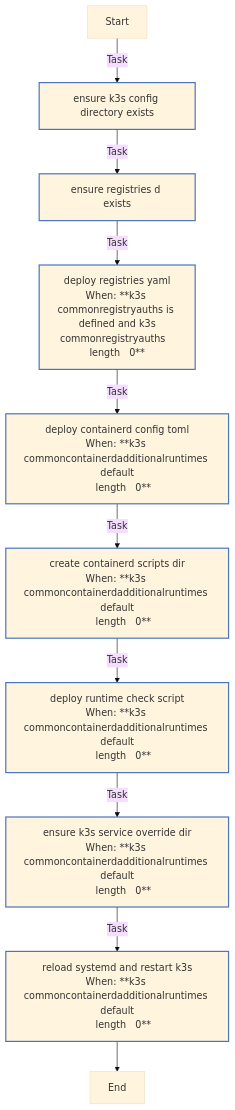
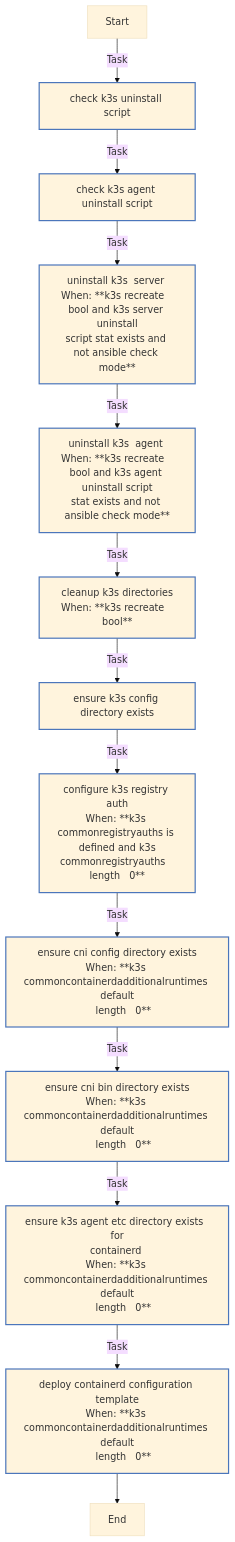
Before and after one commit to rou-cru/k3s-homelab: the diagram in roles/k3s_common/README.md, drawn with Mermaid (base theme). The commit also changed other lines of this file and 41 other files, not shown here.

````diff
--- a/roles/k3s_common/README.md
+++ b/roles/k3s_common/README.md
@@ -47,22 +125,25 @@
 ```mermaid
 flowchart TD
 Start
 classDef block stroke:#3498db,stroke-width:2px;
 classDef task stroke:#4b76bb,stroke-width:2px;
 classDef includeTasks stroke:#16a085,stroke-width:2px;
 classDef importTasks stroke:#34495e,stroke-width:2px;
 classDef includeRole stroke:#2980b9,stroke-width:2px;
 classDef importRole stroke:#699ba7,stroke-width:2px;
 classDef includeVars stroke:#8e44ad,stroke-width:2px;
 classDef rescue stroke:#665352,stroke-width:2px;
 
-  Start-->|Task| Ensure_K3s_config_directory_exists0[ensure k3s config directory exists]:::task
-  Ensure_K3s_config_directory_exists0-->|Task| Ensure_registries_d_exists1[ensure registries d exists]:::task
-  Ensure_registries_d_exists1-->|Task| Deploy_registries_yaml2[deploy registries yaml<br>When: **k3s commonregistryauths is defined and k3s<br>commonregistryauths   length   0**]:::task
-  Deploy_registries_yaml2-->|Task| Deploy_containerd_config_toml3[deploy containerd config toml<br>When: **k3s commoncontainerdadditionalruntimes   default  <br>    length   0**]:::task
-  Deploy_containerd_config_toml3-->|Task| Create_containerd_scripts_dir4[create containerd scripts dir<br>When: **k3s commoncontainerdadditionalruntimes   default  <br>    length   0**]:::task
-  Create_containerd_scripts_dir4-->|Task| Deploy_runtime_check_script5[deploy runtime check script<br>When: **k3s commoncontainerdadditionalruntimes   default  <br>    length   0**]:::task
-  Deploy_runtime_check_script5-->|Task| Ensure_k3s_service_override_dir6[ensure k3s service override dir<br>When: **k3s commoncontainerdadditionalruntimes   default  <br>    length   0**]:::task
-  Ensure_k3s_service_override_dir6-->|Task| Reload_systemd_and_restart_k3s7[reload systemd and restart k3s<br>When: **k3s commoncontainerdadditionalruntimes   default  <br>    length   0**]:::task
-  Reload_systemd_and_restart_k3s7-->End
+  Start-->|Task| Check_K3s_uninstall_script0[check k3s uninstall script]:::task
+  Check_K3s_uninstall_script0-->|Task| Check_K3s_agent_uninstall_script1[check k3s agent uninstall script]:::task
+  Check_K3s_agent_uninstall_script1-->|Task| Uninstall_K3s__Server_2[uninstall k3s  server <br>When: **k3s recreate   bool and k3s server uninstall<br>script stat exists and not ansible check mode**]:::task
+  Uninstall_K3s__Server_2-->|Task| Uninstall_K3s__Agent_3[uninstall k3s  agent <br>When: **k3s recreate   bool and k3s agent uninstall script<br>stat exists and not ansible check mode**]:::task
+  Uninstall_K3s__Agent_3-->|Task| Cleanup_K3s_directories4[cleanup k3s directories<br>When: **k3s recreate   bool**]:::task
+  Cleanup_K3s_directories4-->|Task| Ensure_K3s_config_directory_exists5[ensure k3s config directory exists]:::task
+  Ensure_K3s_config_directory_exists5-->|Task| Configure_K3s_registry_auth6[configure k3s registry auth<br>When: **k3s commonregistryauths is defined and k3s<br>commonregistryauths   length   0**]:::task
+  Configure_K3s_registry_auth6-->|Task| Ensure_CNI_config_directory_exists7[ensure cni config directory exists<br>When: **k3s commoncontainerdadditionalruntimes   default  <br>    length   0**]:::task
+  Ensure_CNI_config_directory_exists7-->|Task| Ensure_CNI_bin_directory_exists8[ensure cni bin directory exists<br>When: **k3s commoncontainerdadditionalruntimes   default  <br>    length   0**]:::task
+  Ensure_CNI_bin_directory_exists8-->|Task| Ensure_K3s_agent_etc_directory_exists__for_containerd_9[ensure k3s agent etc directory exists  for<br>containerd <br>When: **k3s commoncontainerdadditionalruntimes   default  <br>    length   0**]:::task
+  Ensure_K3s_agent_etc_directory_exists__for_containerd_9-->|Task| Deploy_containerd_configuration_template10[deploy containerd configuration template<br>When: **k3s commoncontainerdadditionalruntimes   default  <br>    length   0**]:::task
+  Deploy_containerd_configuration_template10-->End
 ```
````
